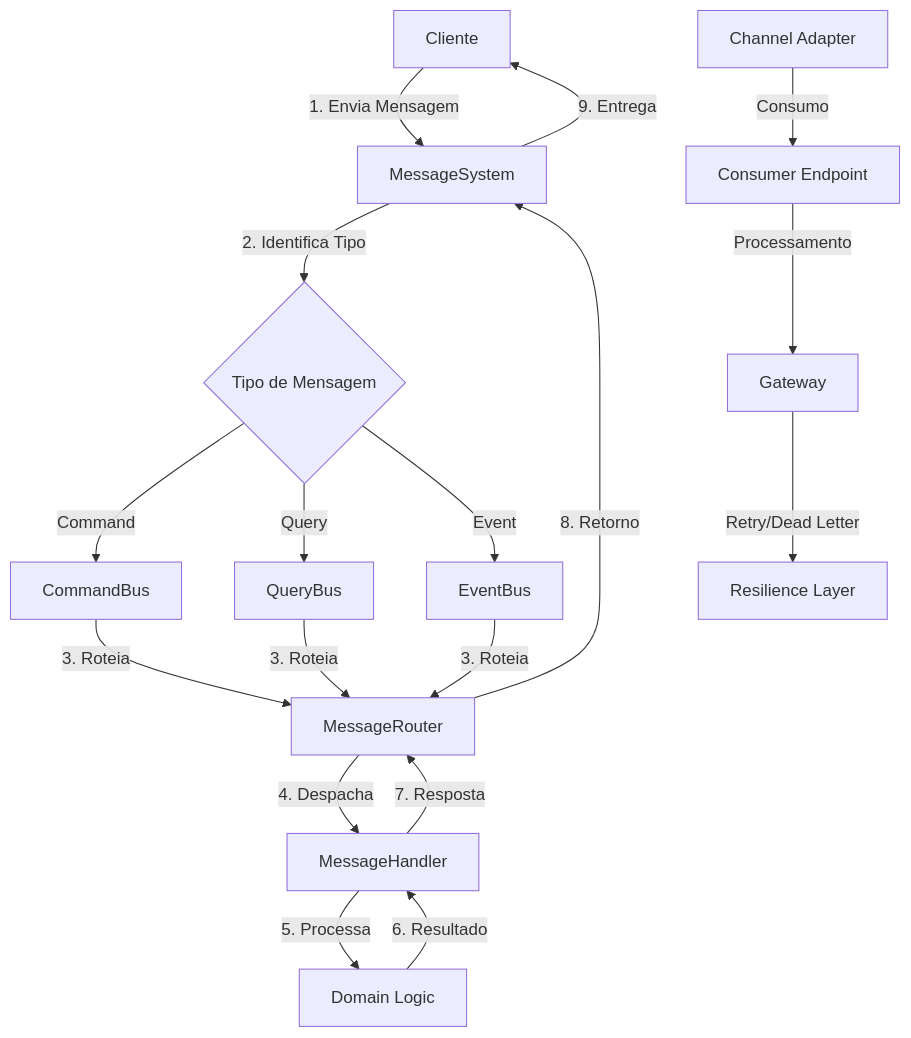
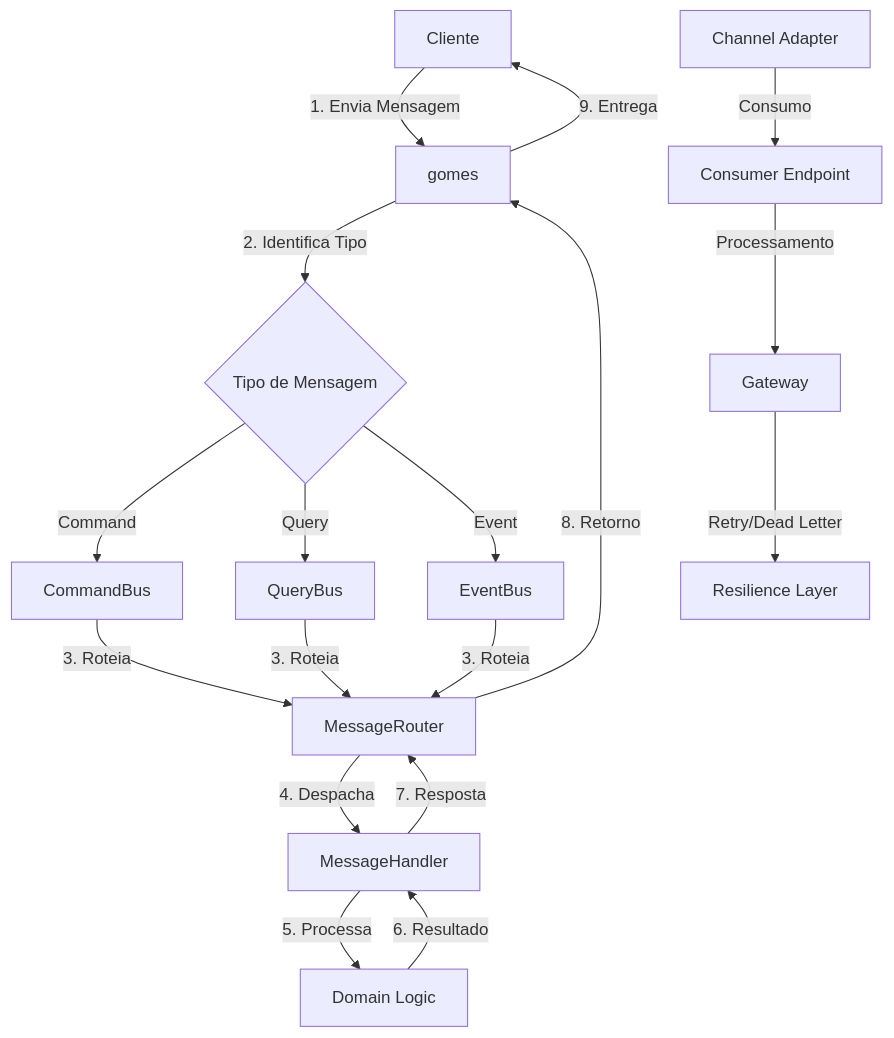
Before and after one commit to JeffersonBrasilino/hex-api-go: the first of 8 diagrams in README.md, drawn with Mermaid. The commit also changed other lines of this file and 12 other files, not shown here.

````diff
--- a/README.md
+++ b/README.md
@@ -237,23 +236,23 @@
 ```mermaid
 flowchart TD
-    A[Cliente] -->|1. Envia Mensagem| B[MessageSystem]
+    A[Cliente] -->|1. Envia Mensagem| B[gomes]
     B -->|2. Identifica Tipo| C{Tipo de Mensagem}
     C -->|Command| D[CommandBus]
     C -->|Query| E[QueryBus]
     C -->|Event| F[EventBus]
 
     D -->|3. Roteia| G[MessageRouter]
     E -->|3. Roteia| G
     F -->|3. Roteia| G
 
     G -->|4. Despacha| H[MessageHandler]
     H -->|5. Processa| I[Domain Logic]
     I -->|6. Resultado| H
     H -->|7. Resposta| G
     G -->|8. Retorno| B
     B -->|9. Entrega| A
 
     J[Channel Adapter] -->|Consumo| K[Consumer Endpoint]
     K -->|Processamento| L[Gateway]
     L -->|Retry/Dead Letter| M[Resilience Layer]
 ```
````
